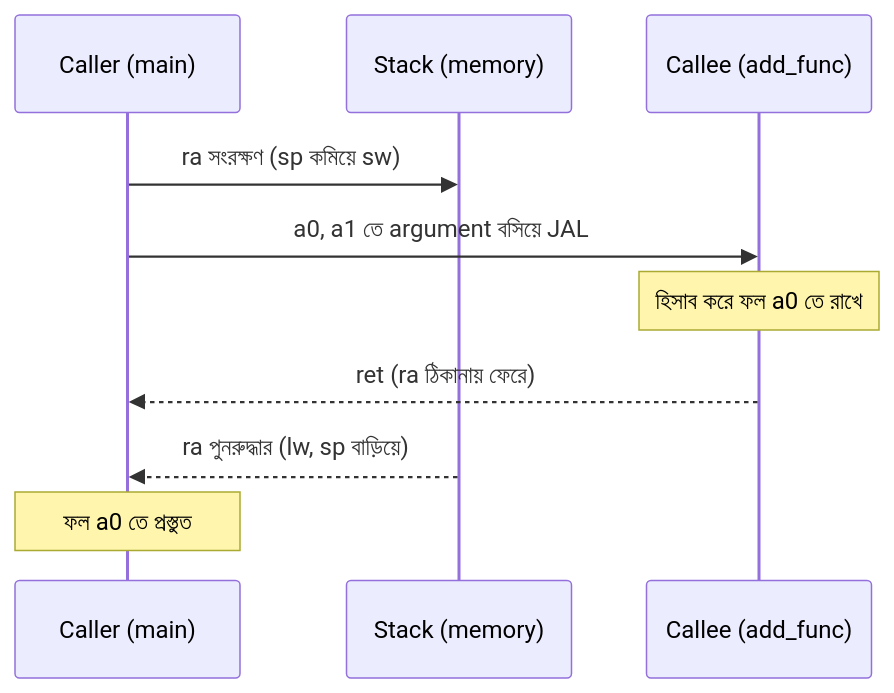
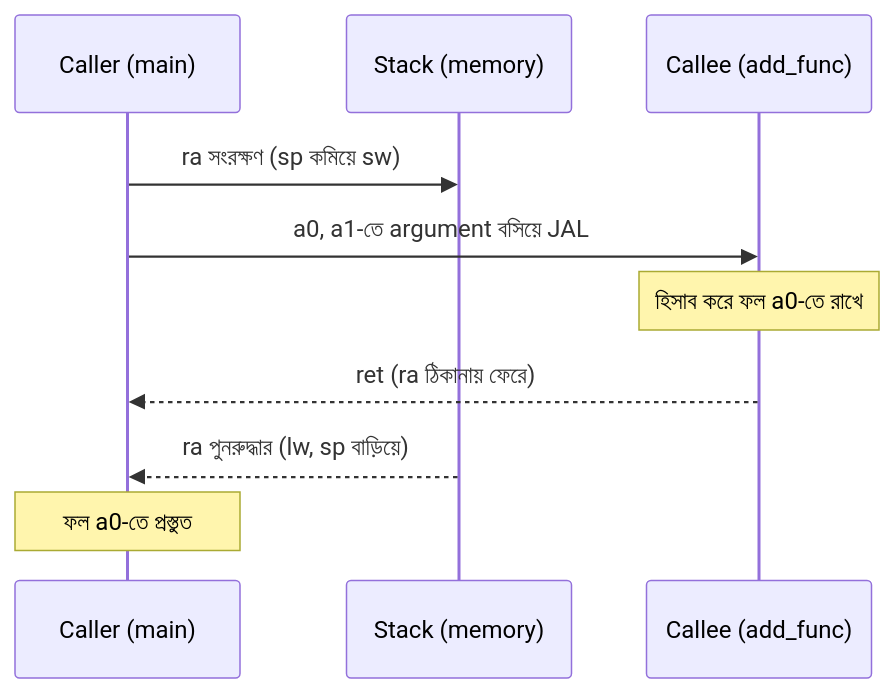
The second of 2 diagrams in chapters/Chapter_13_RISCV_Basics.md (akram02/build-your-own-processor), drawn with Mermaid before and after one commit. The commit also changed other lines of this file and 16 other files, not shown here.

````diff
--- a/chapters/Chapter_13_RISCV_Basics.md
+++ b/chapters/Chapter_13_RISCV_Basics.md
@@ -848,12 +848,12 @@
 ```mermaid
 sequenceDiagram
     participant Caller as Caller (main)
     participant Stack as Stack (memory)
     participant Callee as Callee (add_func)
     Caller->>Stack: ra সংরক্ষণ (sp কমিয়ে sw)
-    Caller->>Callee: a0, a1 তে argument বসিয়ে JAL
-    Note over Callee: হিসাব করে ফল a0 তে রাখে
+    Caller->>Callee: a0, a1-তে argument বসিয়ে JAL
+    Note over Callee: হিসাব করে ফল a0-তে রাখে
     Callee-->>Caller: ret (ra ঠিকানায় ফেরে)
     Stack-->>Caller: ra পুনরুদ্ধার (lw, sp বাড়িয়ে)
-    Note over Caller: ফল a0 তে প্রস্তুত
+    Note over Caller: ফল a0-তে প্রস্তুত
 ```
````
